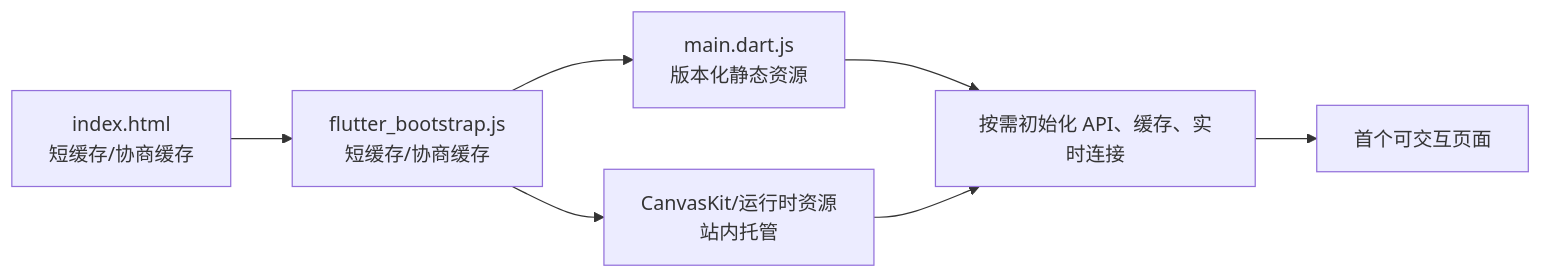
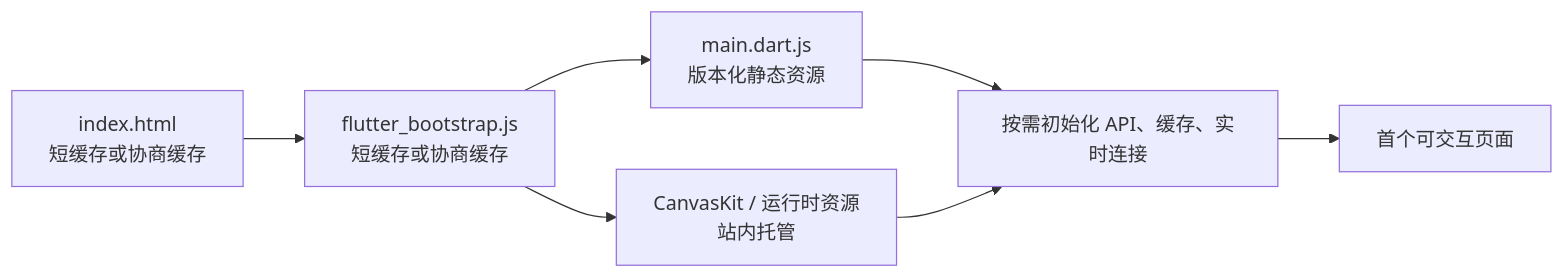
The fifth of 8 diagrams in docs/marketing/articles/juejin-collaboration-engineering-review.md (jinzheyi/yubb-saas-pro), drawn with Mermaid before and after one commit. The commit also changed other lines of this file and 2 other files, not shown here.

Commit message:
docs: add Toutiao article and fix Juejin diagrams

````diff
--- a/docs/marketing/articles/juejin-collaboration-engineering-review.md
+++ b/docs/marketing/articles/juejin-collaboration-engineering-review.md
@@ -227,9 +215,9 @@
 ```mermaid
 flowchart LR
-  H[index.html\n短缓存/协商缓存] --> B[flutter_bootstrap.js\n短缓存/协商缓存]
-  B --> J[main.dart.js\n版本化静态资源]
-  B --> C[CanvasKit/运行时资源\n站内托管]
-  J --> I[按需初始化 API、缓存、实时连接]
+  H["index.html<br/>短缓存或协商缓存"] --> B["flutter_bootstrap.js<br/>短缓存或协商缓存"]
+  B --> J["main.dart.js<br/>版本化静态资源"]
+  B --> C["CanvasKit / 运行时资源<br/>站内托管"]
+  J --> I["按需初始化 API、缓存、实时连接"]
   C --> I
-  I --> F[首个可交互页面]
+  I --> F["首个可交互页面"]
 ```
````
